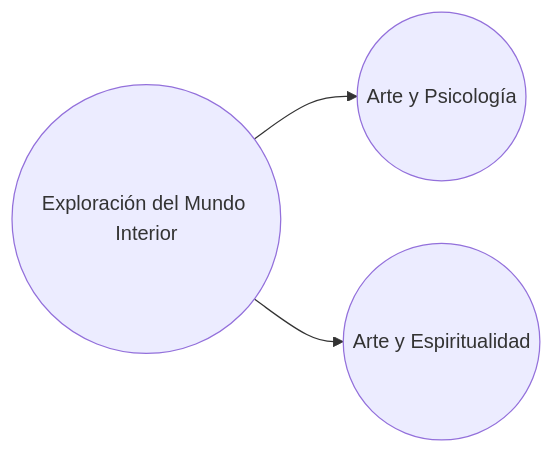
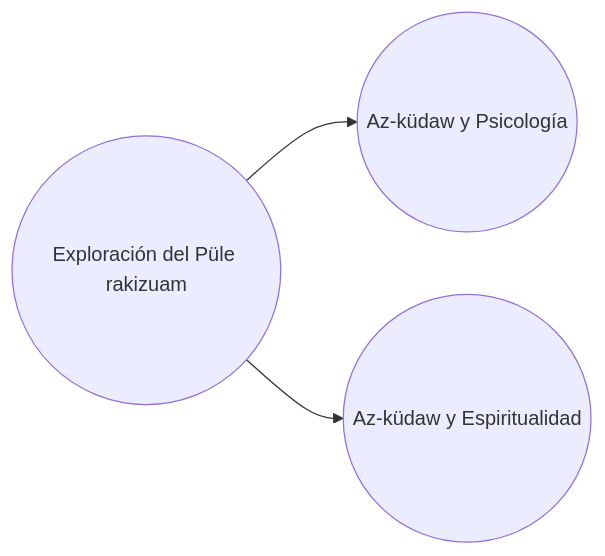
One commit to EGGS-Artesvisuales/EGGS-Artesvisuales.github.io changed the third of 3 diagrams in MPD/diagrama.md. Above: the diagram before and after it, drawn with Mermaid. The commit also changed other lines of this file and 43 other files, not shown here.

```diff
--- a/MPD/diagrama.md
+++ b/MPD/diagrama.md
@@ -194,12 +194,12 @@
 <div class="mermaid">
 graph LR
-  C((Exploración del Mundo Interior)) --> C1((Arte y Psicología))
-  C --> C2((Arte y Espiritualidad))
+  C((Exploración del Püle rakizuam)) --> C1((Az-küdaw y Psicología))
+  C --> C2((Az-küdaw y Espiritualidad))
 
   %% Enlaces (existentes)
-  click C "interior.html" "Ir a Exploración del Mundo Interior"
+  click C "interior.html" "Ir a Exploración del Püle rakizuam"
 
   %% Enlaces (no existentes aún -> en construcción)
-  click C1 "en-construccion.html" "En construcción"
-  click C2 "en-construccion.html" "En construcción"
+  click C1 "en-construccion.html" "Dewmangen mew"
+  click C2 "en-construccion.html" "Dewmangen mew"
 </div>
```
